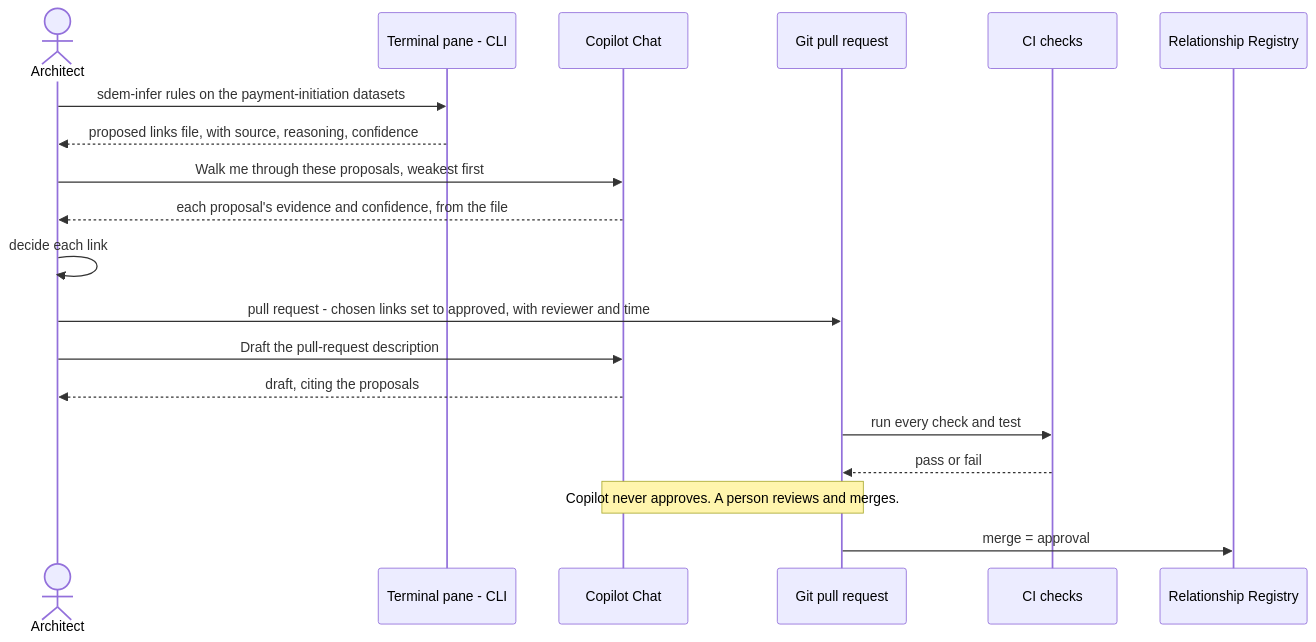
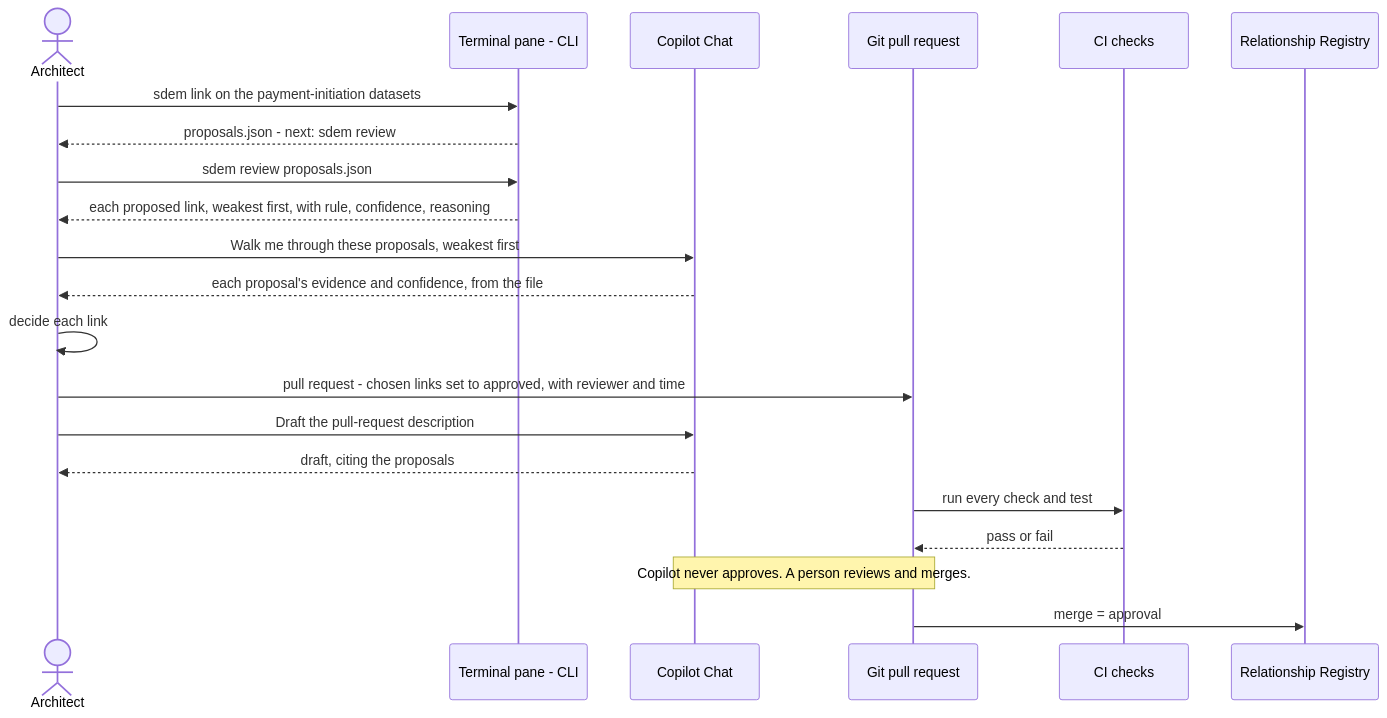
One commit to taumoeps/bian-sdem-framework changed the fourth of 6 diagrams in docs/sdem-workbench-design.md. Above: the diagram before and after it, drawn with Mermaid. The commit also changed other lines of this file and 11 other files, not shown here.

````diff
--- a/docs/sdem-workbench-design.md
+++ b/docs/sdem-workbench-design.md
@@ -191,21 +191,23 @@
 ```mermaid
 sequenceDiagram
     actor A as Architect
     participant T as Terminal pane - CLI
     participant C as Copilot Chat
     participant G as Git pull request
     participant K as CI checks
     participant R as Relationship Registry
-    A->>T: sdem-infer rules on the payment-initiation datasets
-    T-->>A: proposed links file, with source, reasoning, confidence
+    A->>T: sdem link on the payment-initiation datasets
+    T-->>A: proposals.json - next: sdem review
+    A->>T: sdem review proposals.json
+    T-->>A: each proposed link, weakest first, with rule, confidence, reasoning
     A->>C: Walk me through these proposals, weakest first
     C-->>A: each proposal's evidence and confidence, from the file
     A->>A: decide each link
     A->>G: pull request - chosen links set to approved, with reviewer and time
     A->>C: Draft the pull-request description
     C-->>A: draft, citing the proposals
     G->>K: run every check and test
     K-->>G: pass or fail
     Note over C,G: Copilot never approves. A person reviews and merges.
     G->>R: merge = approval
 ```
````
